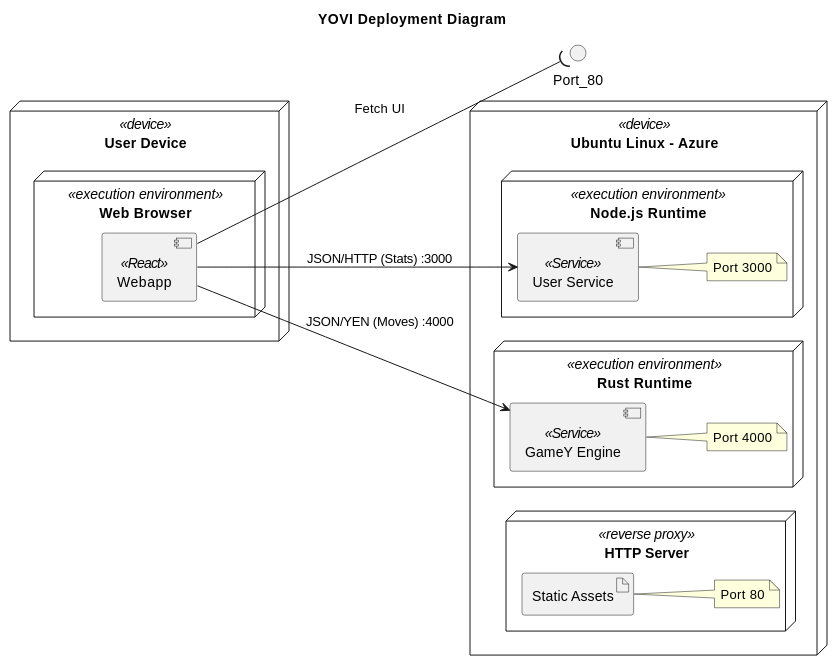
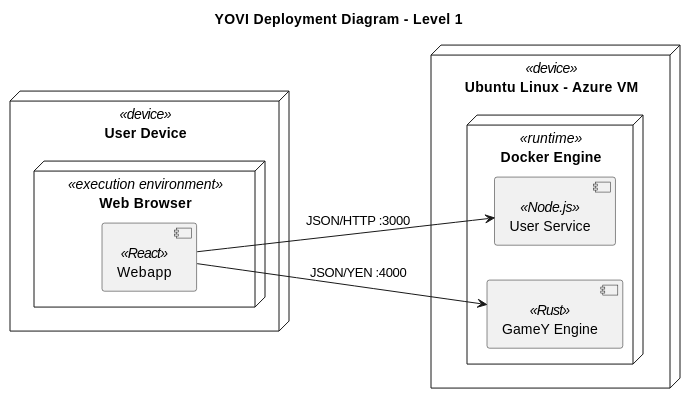
One commit to Arquisoft/yovi_en1a changed the first of 2 diagrams in docs/src/07_deployment_view.adoc. Above: the diagram before and after it, drawn with PlantUML. The commit also changed other lines of this file, not shown here.

Commit message:
point 7 deployment view

```diff
--- a/docs/src/07_deployment_view.adoc
+++ b/docs/src/07_deployment_view.adoc
@@ -97,39 +10,25 @@
 [plantuml, level1-whitebox, svg]
 ----
 @startuml
-title YOVI Deployment Diagram
+title YOVI Deployment Diagram - Level 1
 
 skinparam componentStyle uml2
 left to right direction
 
 node "User Device" <<device>> {
     node "Web Browser" <<execution environment>> {
         component [Webapp] as webapp <<React>>
     }
 }
 
-node "Ubuntu Linux - Azure" <<device>> {
-
-    node "Node.js Runtime" <<execution environment>> {
-        component [User Service] as usersvc <<Service>>
-        note right of usersvc : Port 3000
-    }
-
-    node "Rust Runtime" <<execution environment>> {
-        component [GameY Engine] as gamey <<Service>>
-        note right of gamey : Port 4000
-    }
-
-    node "HTTP Server" <<reverse proxy>> {
-        artifact "Static Assets" as static
-        note right of static : Port 80
+node "Ubuntu Linux - Azure VM" <<device>> {
+    node "Docker Engine" <<runtime>> {
+        component [User Service] as usersvc <<Node.js>>
+        component [GameY Engine] as gamey <<Rust>>
     }
 }
 
-' Relationships
-webapp --( Port_80 : "Fetch UI"
-webapp --> usersvc : "JSON/HTTP (Stats) :3000"
-webapp --> gamey : "JSON/YEN (Moves) :4000"
-
+webapp --> usersvc : "JSON/HTTP :3000"
+webapp --> gamey : "JSON/YEN :4000"
 @enduml
 ----
```
